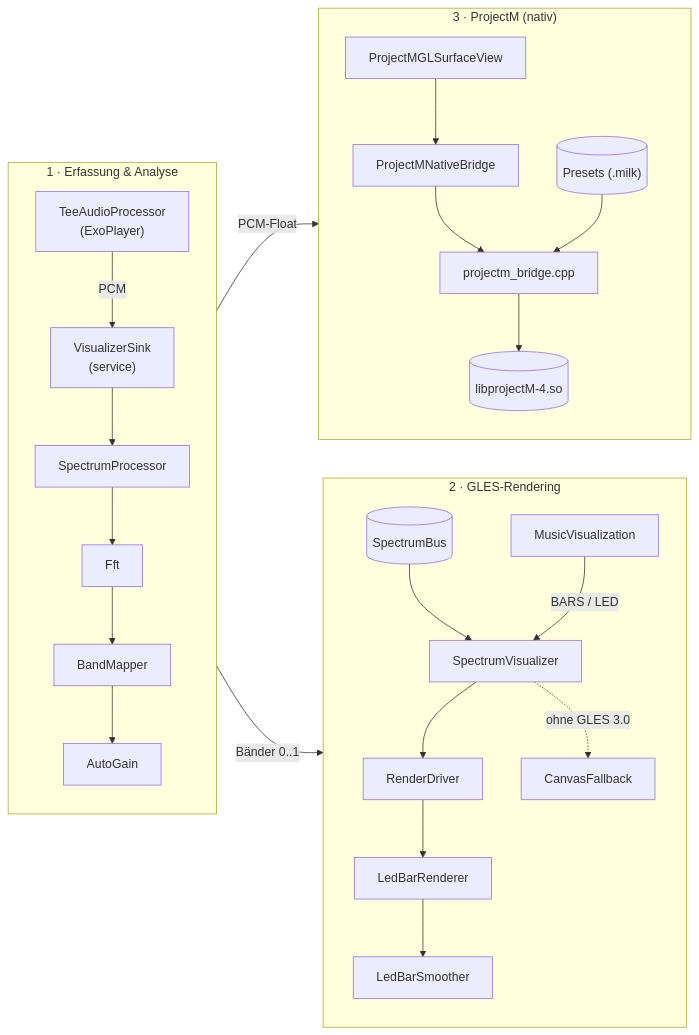
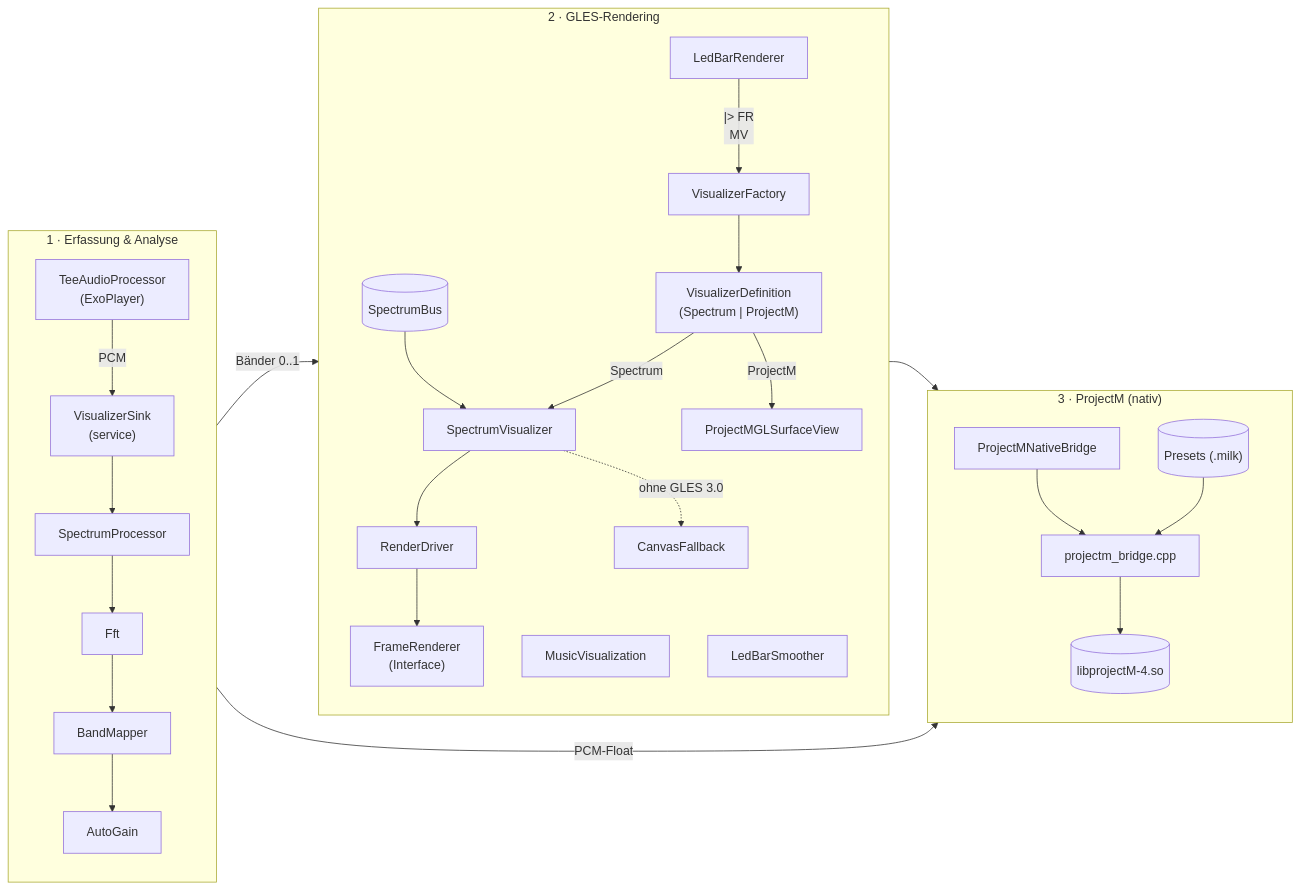
One commit to codezifer/work changed the first of 2 diagrams in Muzzic/visualization/docs/01-architektur.md. Above: the diagram before and after it, drawn with Mermaid. The commit also changed other lines of this file and 41 other files, not shown here.

````diff
--- a/Muzzic/visualization/docs/01-architektur.md
+++ b/Muzzic/visualization/docs/01-architektur.md
@@ -5,39 +5,45 @@
 ```mermaid
 flowchart LR
     subgraph C1["1 · Erfassung & Analyse"]
         direction TB
         TEE["TeeAudioProcessor\n(ExoPlayer)"]
         VS["VisualizerSink\n(service)"]
         SP["SpectrumProcessor"]
         FFT["Fft"]
         BM["BandMapper"]
         AG["AutoGain"]
         TEE -->|"PCM"| VS --> SP --> FFT --> BM --> AG
     end
     subgraph C2["2 · GLES-Rendering"]
         direction TB
         SB[("SpectrumBus")]
         MV["MusicVisualization"]
+        VF["VisualizerFactory"]
+        VD["VisualizerDefinition\n(Spectrum | ProjectM)"]
         SV["SpectrumVisualizer"]
         RD["RenderDriver"]
+        FR["FrameRenderer\n(Interface)"]
         LBR["LedBarRenderer"]
         SM["LedBarSmoother"]
         CF["CanvasFallback"]
-        SB --> SV --> RD --> LBR --> SM
-        MV -->|"BARS / LED"| SV
+        SB --> SV --> RD --> FR
+        LBR --|> FR
+        MV --> VF --> VD
+        VD -->|"Spectrum"| SV
+        VD -->|"ProjectM"| GLS
         SV -.->|"ohne GLES 3.0"| CF
     end
     subgraph C3["3 · ProjectM (nativ)"]
         direction TB
         GLS["ProjectMGLSurfaceView"]
         JNI["ProjectMNativeBridge"]
         CPP["projectm_bridge.cpp"]
         LIB[("libprojectM-4.so")]
         PRE[("Presets (.milk)")]
         GLS --> JNI --> CPP --> LIB
         PRE --> CPP
     end
 
     AG -->|"Bänder 0..1"| SB
     VS -->|"PCM-Float"| JNI
 ```
````
